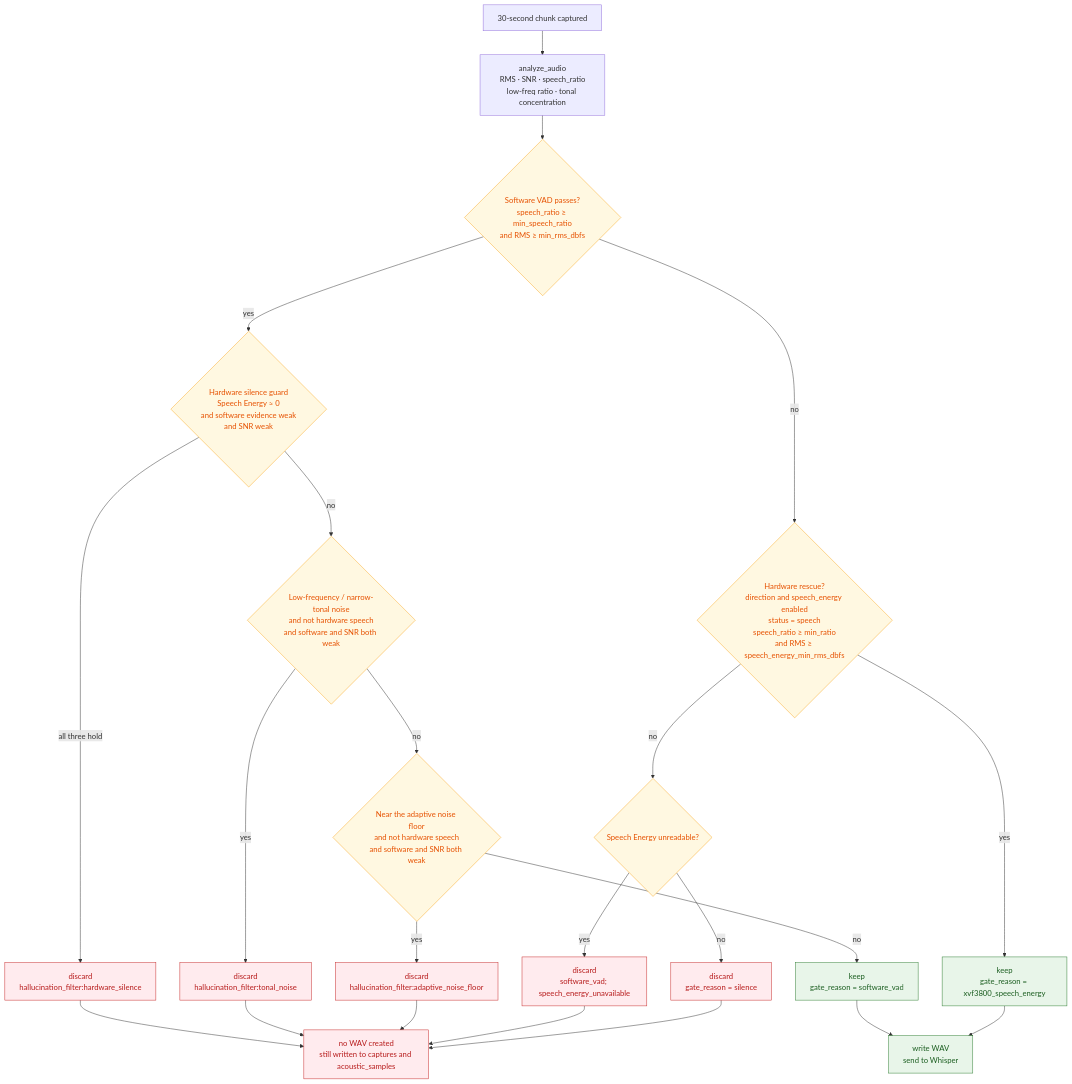
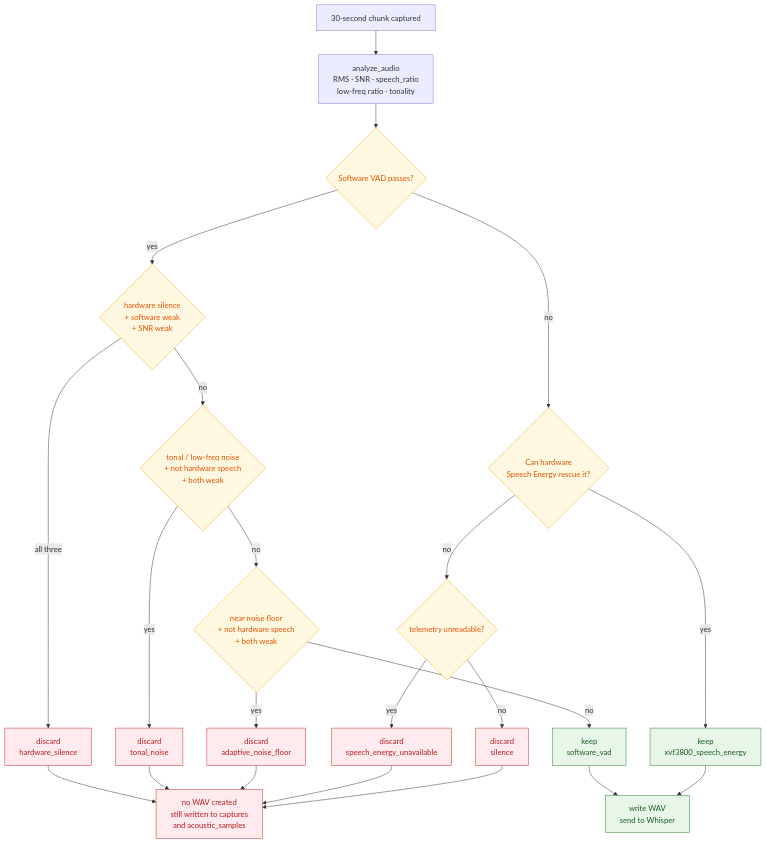
One commit to pcpcchen-coder/FamilyRecorder changed the third of 11 diagrams in docs/architecture.en.md. Above: the diagram before and after it, drawn with Mermaid. The commit also changed other lines of this file and 25 other files, not shown here.

````diff
--- a/docs/architecture.en.md
+++ b/docs/architecture.en.md
@@ -197,30 +197,30 @@
 ```mermaid
 flowchart TB
-    START["30-second chunk captured"] --> ANA["analyze_audio<br/>RMS · SNR · speech_ratio<br/>low-freq ratio · tonal concentration"]
-    ANA --> SWQ{"Software VAD passes?<br/>speech_ratio ≥ min_speech_ratio<br/>and RMS ≥ min_rms_dbfs"}
+    START["30-second chunk captured"] --> ANA["analyze_audio<br/>RMS · SNR · speech_ratio<br/>low-freq ratio · tonality"]
+    ANA --> SWQ{"Software VAD passes?"}
 
-    SWQ -->|"yes"| HWSIL{"Hardware silence guard<br/>Speech Energy ≈ 0<br/>and software evidence weak<br/>and SNR weak"}
-    HWSIL -->|"all three hold"| R1["discard<br/>hallucination_filter:hardware_silence"]
-    HWSIL -->|"no"| TONAL{"Low-frequency / narrow-tonal noise<br/>and not hardware speech<br/>and software and SNR both weak"}
-    TONAL -->|"yes"| R2["discard<br/>hallucination_filter:tonal_noise"]
-    TONAL -->|"no"| NOISE{"Near the adaptive noise floor<br/>and not hardware speech<br/>and software and SNR both weak"}
-    NOISE -->|"yes"| R3["discard<br/>hallucination_filter:adaptive_noise_floor"]
-    NOISE -->|"no"| K1["keep<br/>gate_reason = software_vad"]
+    SWQ -->|"yes"| HWSIL{"hardware silence<br/>+ software weak<br/>+ SNR weak"}
+    HWSIL -->|"all three"| R1["discard<br/>hardware_silence"]
+    HWSIL -->|"no"| TONAL{"tonal / low-freq noise<br/>+ not hardware speech<br/>+ both weak"}
+    TONAL -->|"yes"| R2["discard<br/>tonal_noise"]
+    TONAL -->|"no"| NOISE{"near noise floor<br/>+ not hardware speech<br/>+ both weak"}
+    NOISE -->|"yes"| R3["discard<br/>adaptive_noise_floor"]
+    NOISE -->|"no"| K1["keep<br/>software_vad"]
 
-    SWQ -->|"no"| HWQ{"Hardware rescue?<br/>direction and speech_energy enabled<br/>status = speech<br/>speech_ratio ≥ min_ratio<br/>and RMS ≥ speech_energy_min_rms_dbfs"}
-    HWQ -->|"yes"| K2["keep<br/>gate_reason = xvf3800_speech_energy"]
-    HWQ -->|"no"| UNAVL{"Speech Energy unreadable?"}
-    UNAVL -->|"yes"| R4["discard<br/>software_vad; speech_energy_unavailable"]
-    UNAVL -->|"no"| R5["discard<br/>gate_reason = silence"]
+    SWQ -->|"no"| HWQ{"Can hardware<br/>Speech Energy rescue it?"}
+    HWQ -->|"yes"| K2["keep<br/>xvf3800_speech_energy"]
+    HWQ -->|"no"| UNAVL{"telemetry unreadable?"}
+    UNAVL -->|"yes"| R4["discard<br/>speech_energy_unavailable"]
+    UNAVL -->|"no"| R5["discard<br/>silence"]
 
     K1 --> WAV["write WAV<br/>send to Whisper"]
     K2 --> WAV
-    R1 & R2 & R3 & R4 & R5 --> TEL["no WAV created<br/>still written to captures and acoustic_samples"]
+    R1 & R2 & R3 & R4 & R5 --> TEL["no WAV created<br/>still written to captures<br/>and acoustic_samples"]
 
     classDef keep fill:#e8f5e9,stroke:#2e7d32,color:#1b5e20
     classDef drop fill:#ffebee,stroke:#c62828,color:#b71c1c
     classDef q fill:#fff8e1,stroke:#f9a825,color:#e65100
     class K1,K2,WAV keep
     class R1,R2,R3,R4,R5,TEL drop
     class SWQ,HWSIL,TONAL,NOISE,HWQ,UNAVL q
 ```
````
